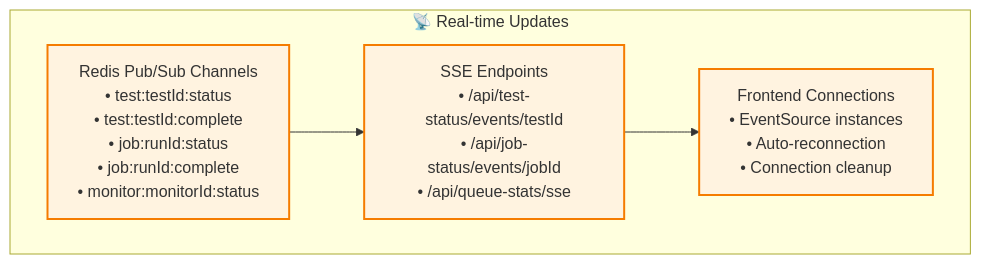
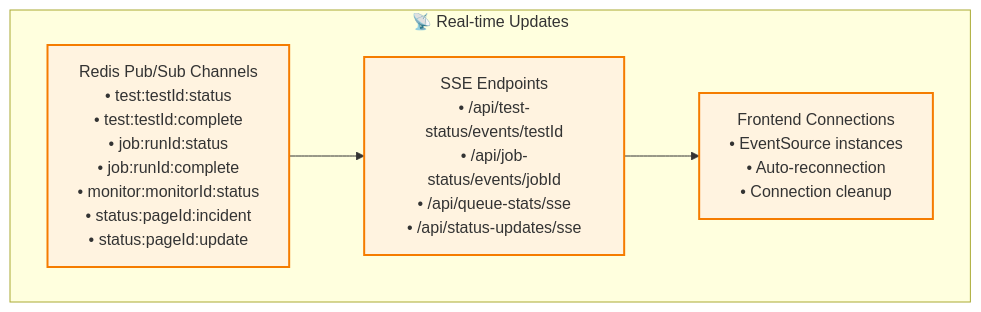
The ninth of 10 diagrams in specs/CORE_SERVICE_INTERACTIONS.md (supercheck-io/supercheck-core), drawn with Mermaid before and after one commit. The commit also changed other lines of this file and 12 other files, not shown here.

First line of the commit message:
refactor(status-pages): streamline status page components and improve data table flexibility

````diff
--- a/specs/CORE_SERVICE_INTERACTIONS.md
+++ b/specs/CORE_SERVICE_INTERACTIONS.md
@@ -354,16 +533,16 @@
 ```mermaid
 graph TB
     subgraph "📡 Real-time Updates"
-        R1[Redis Pub/Sub Channels<br/>• test:testId:status<br/>• test:testId:complete<br/>• job:runId:status<br/>• job:runId:complete<br/>• monitor:monitorId:status]
+        R1[Redis Pub/Sub Channels<br/>• test:testId:status<br/>• test:testId:complete<br/>• job:runId:status<br/>• job:runId:complete<br/>• monitor:monitorId:status<br/>• status:pageId:incident<br/>• status:pageId:update]
 
-        R2[SSE Endpoints<br/>• /api/test-status/events/testId<br/>• /api/job-status/events/jobId<br/>• /api/queue-stats/sse]
+        R2[SSE Endpoints<br/>• /api/test-status/events/testId<br/>• /api/job-status/events/jobId<br/>• /api/queue-stats/sse<br/>• /api/status-updates/sse]
 
         R3[Frontend Connections<br/>• EventSource instances<br/>• Auto-reconnection<br/>• Connection cleanup]
     end
 
     R1 --> R2
     R2 --> R3
 
     classDef realtime fill:#fff3e0,stroke:#f57c00,stroke-width:2px
     class R1,R2,R3 realtime
 ```
````
